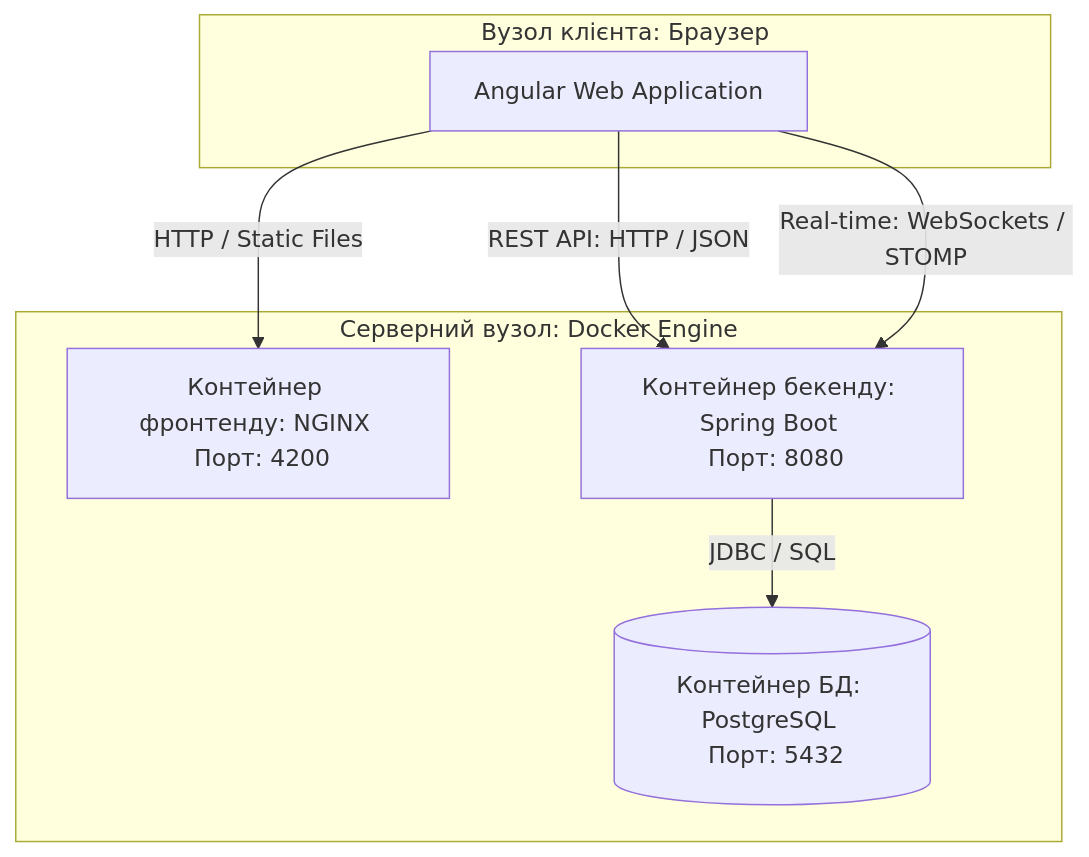
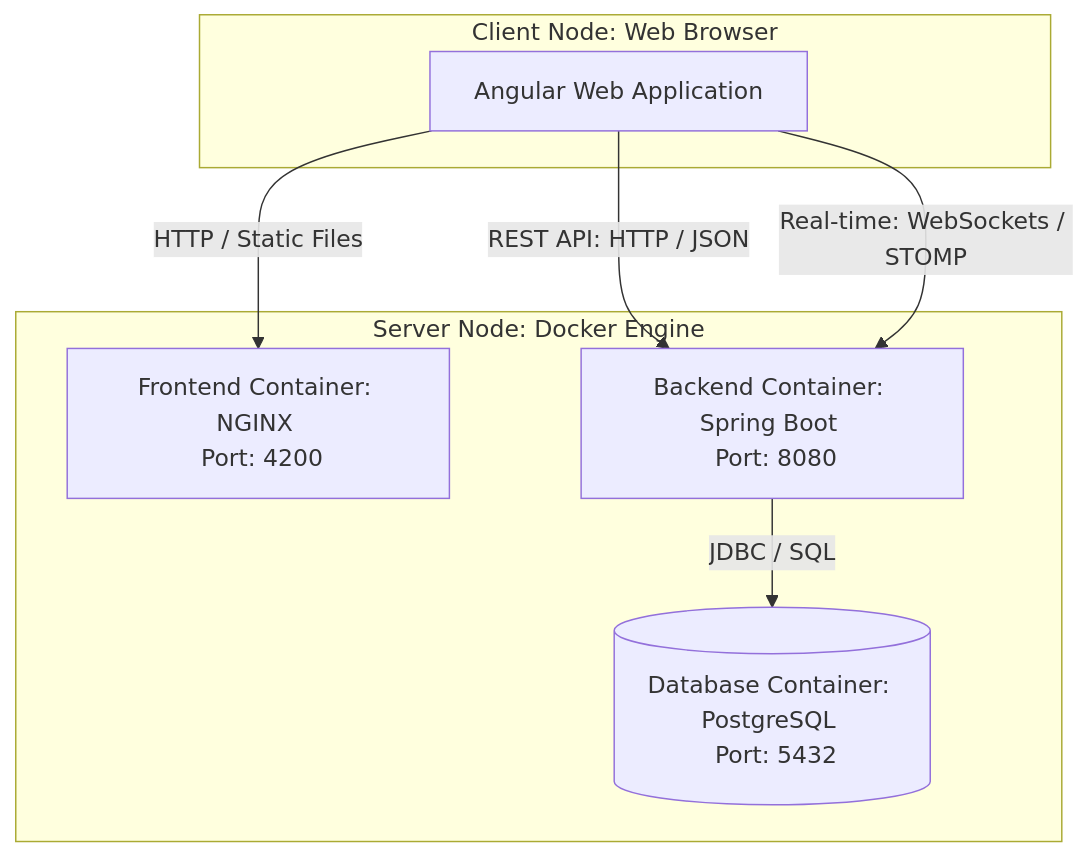
One commit to ArsenMonets/newshub changed the third of 5 diagrams in README.md. Above: the diagram before and after it, drawn with Mermaid. The commit also changed other lines of this file and 1 other file, not shown here.

````diff
--- a/README.md
+++ b/README.md
@@ -112,18 +106,18 @@
 ```mermaid
 graph TD
-    subgraph Client_Node [Вузол клієнта: Браузер]
+    subgraph Client_Node [Client Node: Web Browser]
         App[Angular Web Application]
     end
 
-    subgraph Server_Node [Серверний вузол: Docker Engine]
-        Web[Контейнер фронтенду: NGINX <br> Порт: 4200]
-        API[Контейнер бекенду: Spring Boot <br> Порт: 8080]
-        DB[(Контейнер БД: PostgreSQL <br> Порт: 5432)]
+    subgraph Server_Node [Server Node: Docker Engine]
+        Web[Frontend Container: NGINX <br> Port: 4200]
+        API[Backend Container: Spring Boot <br> Port: 8080]
+        DB[(Database Container: PostgreSQL <br> Port: 5432)]
     end
 
     App -- HTTP / Static Files --> Web
     App -- REST API: HTTP / JSON --> API
     App -- Real-time: WebSockets / STOMP --> API
     API -- JDBC / SQL --> DB
 
 ```
````
